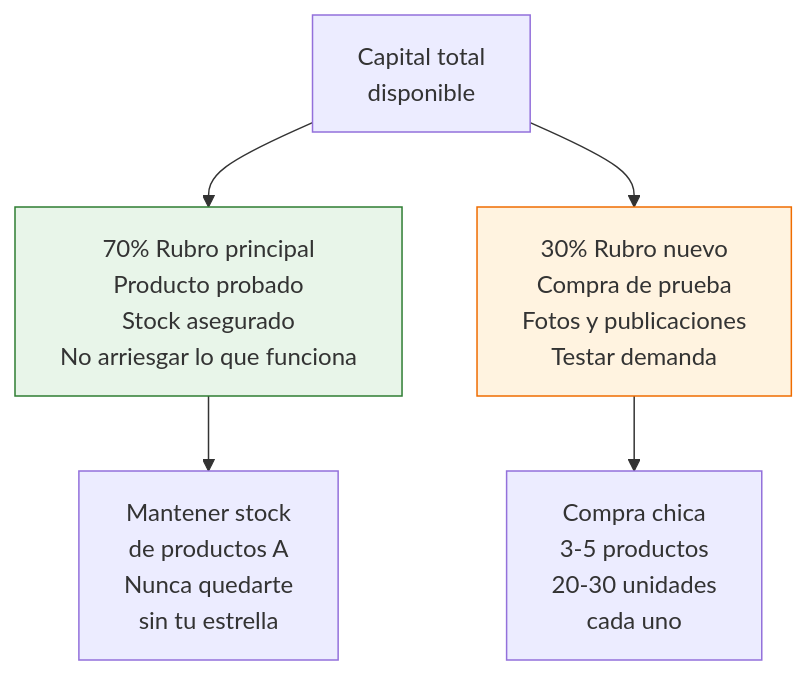
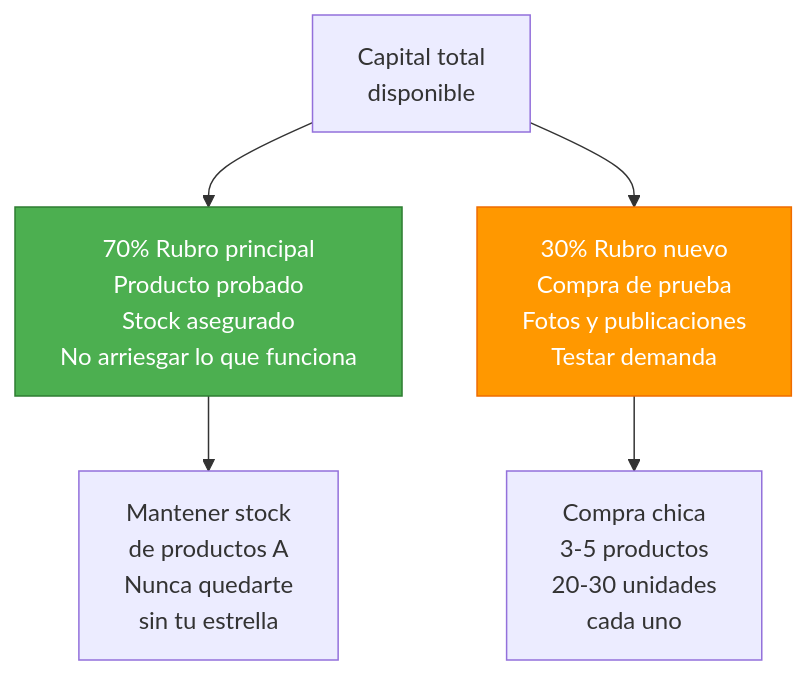
The first of 2 diagrams in app/paso1-argentina/crecer-gestionar/diversificar-rubros.mdx (barrosignacioezequiel-coder/docs), drawn with Mermaid before and after one commit. The commit also changed other lines of this file and 66 other files, not shown here.

First line of the commit message:
fix: resolve Mermaid v11 numbered list errors + improve contrast

````diff
--- a/app/paso1-argentina/crecer-gestionar/diversificar-rubros.mdx
+++ b/app/paso1-argentina/crecer-gestionar/diversificar-rubros.mdx
@@ -72,11 +72,11 @@
 ```mermaid
 graph TD
     A["Capital total<br/>disponible"] --> B["70% Rubro principal<br/>Producto probado<br/>Stock asegurado<br/>No arriesgar lo que funciona"]
     A --> C["30% Rubro nuevo<br/>Compra de prueba<br/>Fotos y publicaciones<br/>Testar demanda"]
 
     B --> D["Mantener stock<br/>de productos A<br/>Nunca quedarte<br/>sin tu estrella"]
     C --> E["Compra chica<br/>3-5 productos<br/>20-30 unidades<br/>cada uno"]
 
-    style B fill:#e8f5e9,stroke:#2e7d32
-    style C fill:#fff3e0,stroke:#ef6c00
+    style B fill:#4caf50,stroke:#2e7d32,color:#fff
+    style C fill:#ff9800,stroke:#ef6c00,color:#fff
 ```
````
